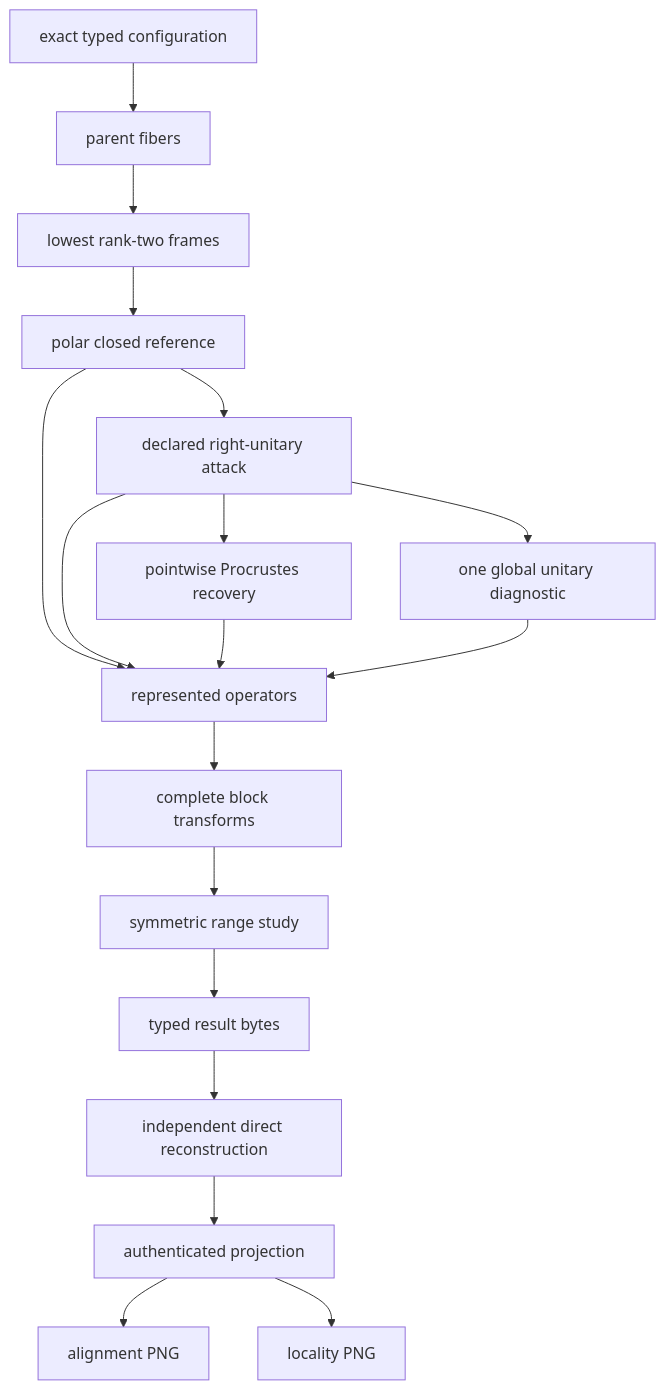
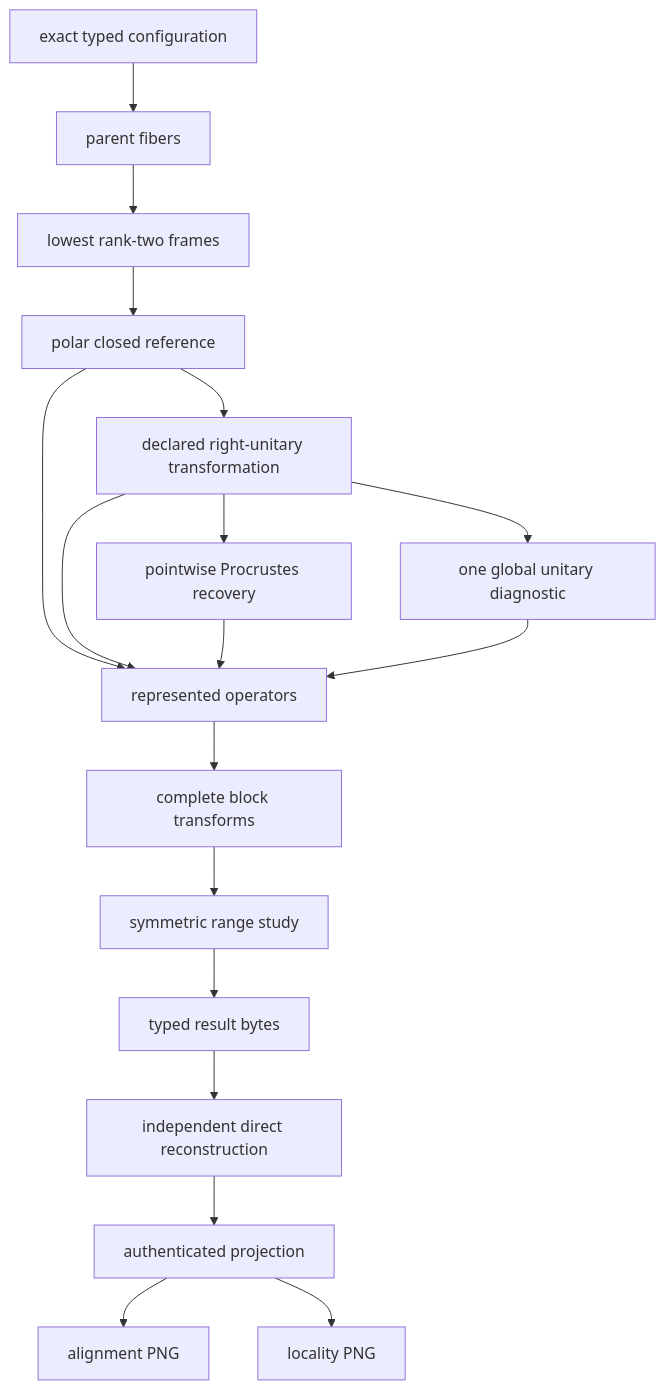
Before and after one commit to eragasa/ksdft2effmass: the diagram in docs/architecture/v3/ksdft2effmass/periodic1d/rank2/band_alignment/composite/schematics.md, drawn with Mermaid. The commit also changed 83 other files, not shown here.

````diff
--- a/docs/architecture/v3/ksdft2effmass/periodic1d/rank2/band_alignment/composite/schematics.md
+++ b/docs/architecture/v3/ksdft2effmass/periodic1d/rank2/band_alignment/composite/schematics.md
@@ -3,20 +3,20 @@
 ```mermaid
 flowchart TD
     C[exact typed configuration] --> P[parent fibers]
     P --> F[lowest rank-two frames]
     F --> R[polar closed reference]
-    R --> A[declared right-unitary attack]
+    R --> A[declared right-unitary transformation]
     A --> W[pointwise Procrustes recovery]
     A --> G[one global unitary diagnostic]
     R --> O[represented operators]
     A --> O
     W --> O
     G --> O
     O --> T[complete block transforms]
     T --> S[symmetric range study]
     S --> B[typed result bytes]
     B --> V[independent direct reconstruction]
     V --> D[authenticated projection]
     D --> I[alignment PNG]
     D --> L[locality PNG]
 ```
````
